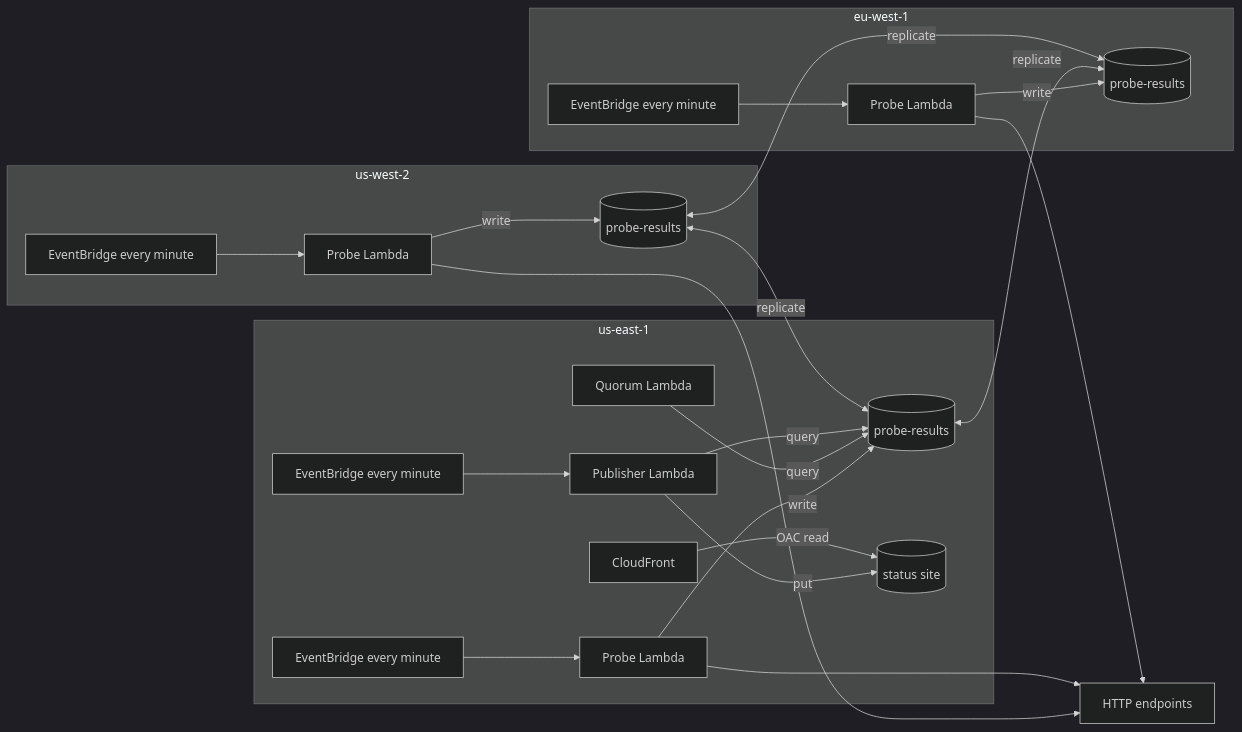
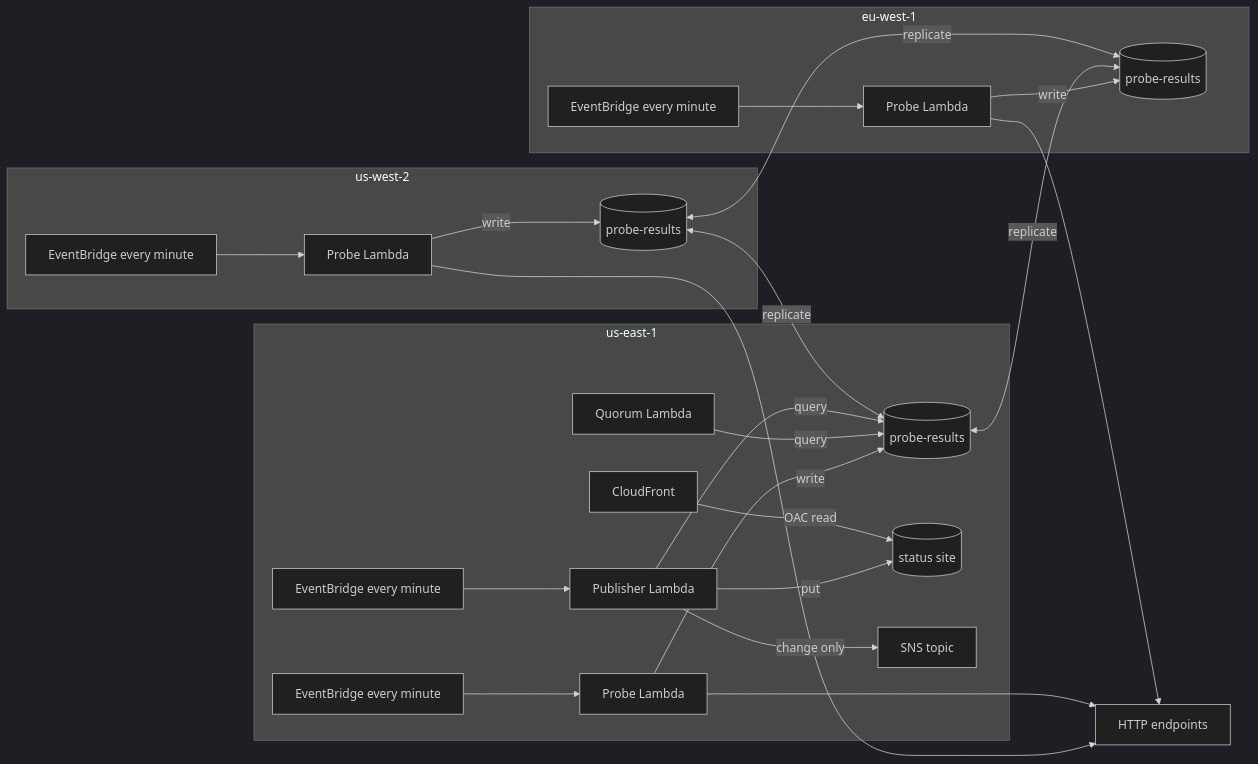
One commit to nickmori05/status-probes changed the diagram in README.md. Above: the diagram before and after it, drawn with Mermaid (dark theme). The commit also changed other lines of this file and 1 other file, not shown here.

````diff
--- a/README.md
+++ b/README.md
@@ -7,34 +7,36 @@
 ```mermaid
 flowchart LR
   subgraph usw2 [us-west-2]
     ruleW[EventBridge every minute] --> fnW[Probe Lambda]
     tableW[("probe-results")]
   end
   subgraph use1 [us-east-1]
     ruleE[EventBridge every minute] --> fnE[Probe Lambda]
     tableE[("probe-results")]
     quorum[Quorum Lambda]
     ruleP[EventBridge every minute] --> pub[Publisher Lambda]
     bucket[("status site")]
     cdn[CloudFront]
+    topic[SNS topic]
   end
   subgraph euw1 [eu-west-1]
     ruleU[EventBridge every minute] --> fnU[Probe Lambda]
     tableU[("probe-results")]
   end
 
   sites[HTTP endpoints]
   fnW --> sites
   fnE --> sites
   fnU --> sites
   fnW -->|write| tableW
   fnE -->|write| tableE
   fnU -->|write| tableU
   quorum -->|query| tableE
   pub -->|query| tableE
   pub -->|put| bucket
+  pub -->|change only| topic
   cdn -->|OAC read| bucket
   tableW <-->|replicate| tableE
   tableE <-->|replicate| tableU
   tableW <-->|replicate| tableU
 ```
````
